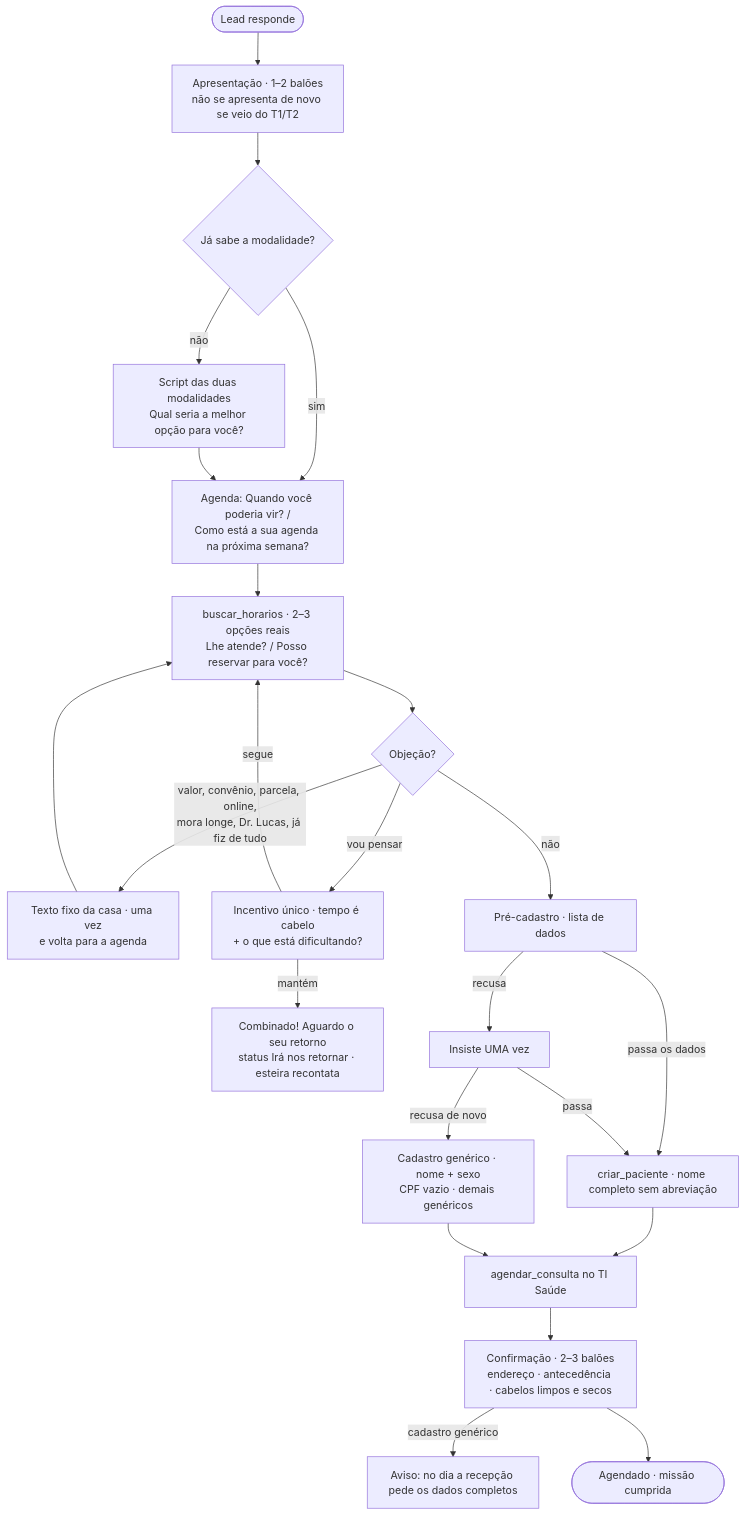
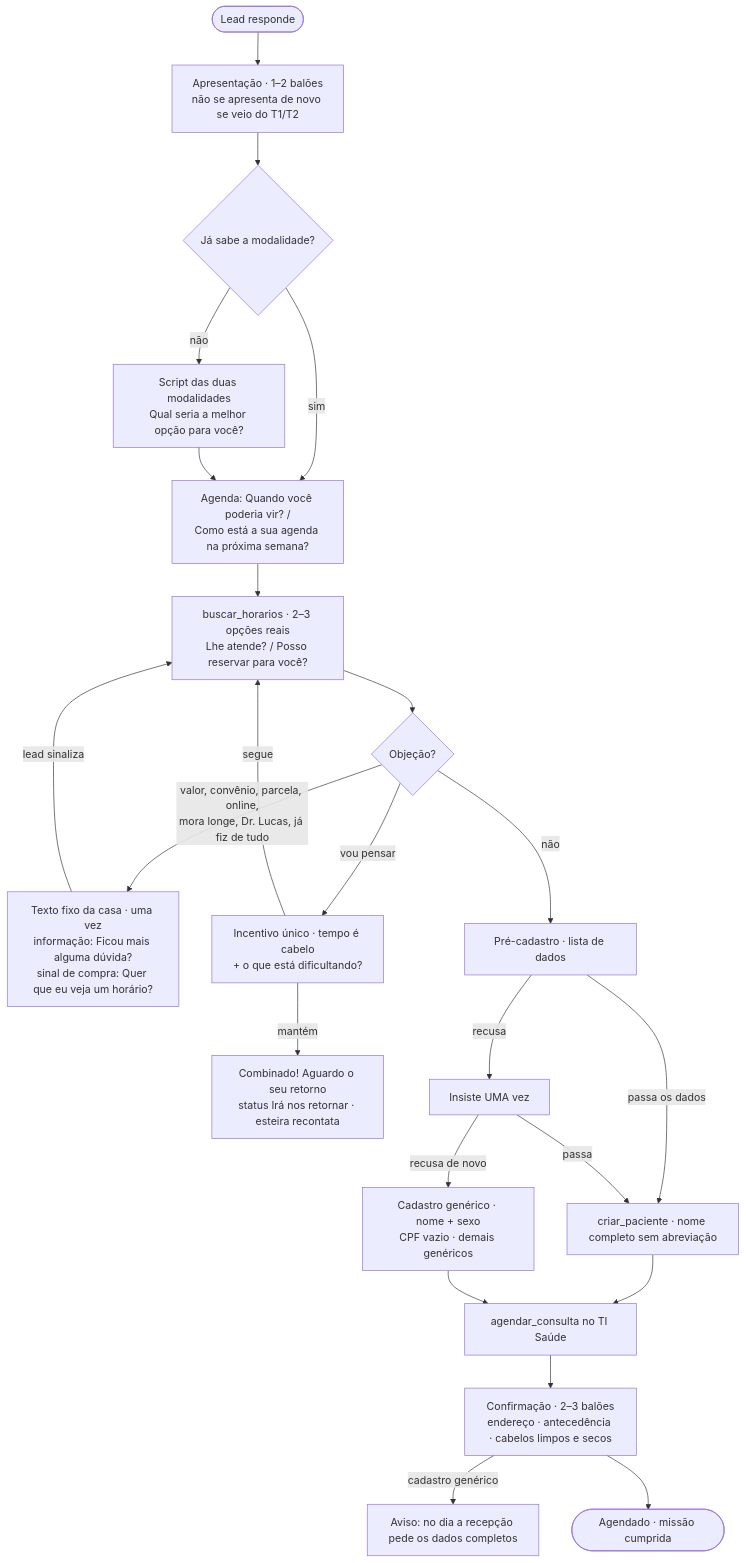
One commit to celeste-passoni/celeste-passoni changed the second of 2 diagrams in docs/fluxo-leads-perdidos.md. Above: the diagram before and after it, drawn with Mermaid. The commit also changed other lines of this file and 120 other files, not shown here.

````diff
--- a/docs/fluxo-leads-perdidos.md
+++ b/docs/fluxo-leads-perdidos.md
@@ -31,25 +31,25 @@
 ```mermaid
 flowchart TD
     S([Lead responde]) --> AP[Apresentação · 1–2 balões<br/>não se apresenta de novo se veio do T1/T2]
     AP --> M{Já sabe a modalidade?}
     M -->|não| MOD[Script das duas modalidades<br/>Qual seria a melhor opção para você?]
     M -->|sim| AG
     MOD --> AG[Agenda: Quando você poderia vir? /<br/>Como está a sua agenda na próxima semana?]
     AG --> H[buscar_horarios · 2–3 opções reais<br/>Lhe atende? / Posso reservar para você?]
     H --> OBJ{Objeção?}
-    OBJ -->|valor, convênio, parcela, online,<br/>mora longe, Dr. Lucas, já fiz de tudo| SC[Texto fixo da casa · uma vez<br/>e volta para a agenda]
-    SC --> H
+    OBJ -->|valor, convênio, parcela, online,<br/>mora longe, Dr. Lucas, já fiz de tudo| SC[Texto fixo da casa · uma vez<br/>informação: Ficou mais alguma dúvida?<br/>sinal de compra: Quer que eu veja um horário?]
+    SC -->|lead sinaliza| H
     OBJ -->|vou pensar| INC[Incentivo único · tempo é cabelo<br/>+ o que está dificultando?]
     INC -->|mantém| RET[Combinado! Aguardo o seu retorno<br/>status Irá nos retornar · esteira recontata]
     INC -->|segue| H
     OBJ -->|não| PC[Pré-cadastro · lista de dados]
     PC -->|passa os dados| CAD[criar_paciente · nome completo sem abreviação]
     PC -->|recusa| INS[Insiste UMA vez]
     INS -->|recusa de novo| GEN[Cadastro genérico · nome + sexo<br/>CPF vazio · demais genéricos]
     INS -->|passa| CAD
     CAD --> AGD[agendar_consulta no TI Saúde]
     GEN --> AGD
     AGD --> CONF[Confirmação · 2–3 balões<br/>endereço · antecedência · cabelos limpos e secos]
     CONF -->|cadastro genérico| AV[Aviso: no dia a recepção pede os dados completos]
     CONF --> FIM([Agendado · missão cumprida])
 ```
````
